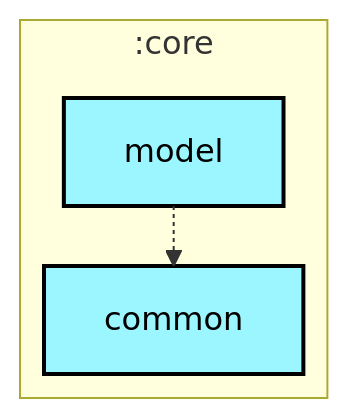
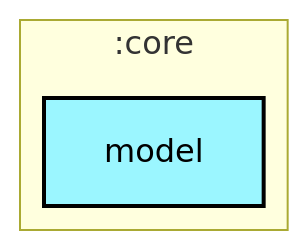
One commit to woods-marshes/chat-multiplatform changed the first of 2 diagrams in core/model/README.md. Above: the diagram before and after it, drawn with Mermaid. The commit also changed other lines of this file and 26 other files, not shown here.

First line of the commit message:
build: fix module graph plugin detection and refresh READMEs

````diff
--- a/core/model/README.md
+++ b/core/model/README.md
@@ -6,21 +6,20 @@
 ```mermaid
 ---
 config:
   layout: elk
   elk:
     nodePlacementStrategy: SIMPLE
 ---
 graph TB
   subgraph :core
     direction TB
-    :core:common[common]:::kotlin-multiplatform
     :core:model[model]:::kotlin-multiplatform
   end
 
-  :core:model -.-> :core:common
-
 classDef android-application fill:#CAFFBF,stroke:#000,stroke-width:2px,color:#000;
+classDef desktop-application fill:#BDB2FF,stroke:#000,stroke-width:2px,color:#000;
 classDef compose-multiplatform fill:#FFD6A5,stroke:#000,stroke-width:2px,color:#000;
+classDef ktor-server fill:#FDFFB6,stroke:#000,stroke-width:2px,color:#000;
 classDef kotlin-multiplatform fill:#9BF6FF,stroke:#000,stroke-width:2px,color:#000;
 classDef unknown fill:#FFADAD,stroke:#000,stroke-width:2px,color:#000;
 ```
````
